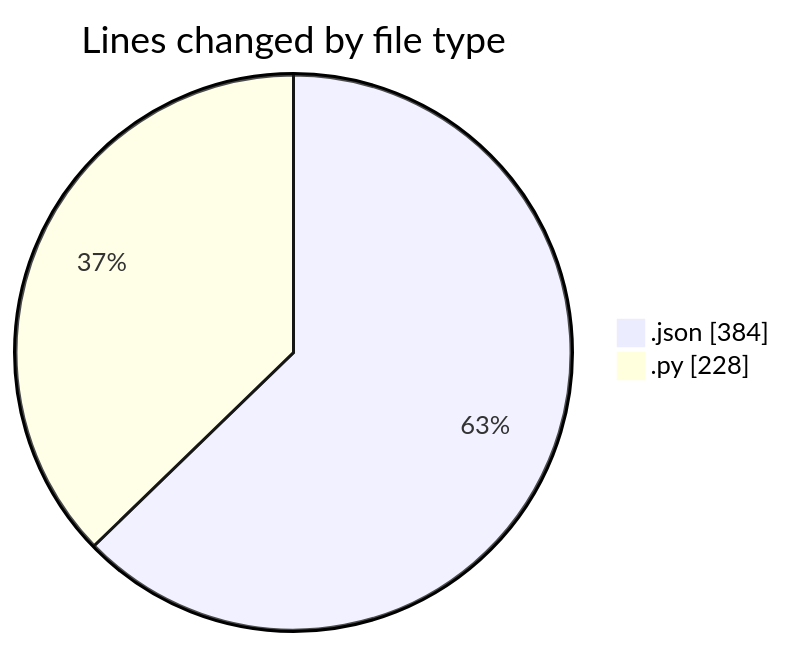
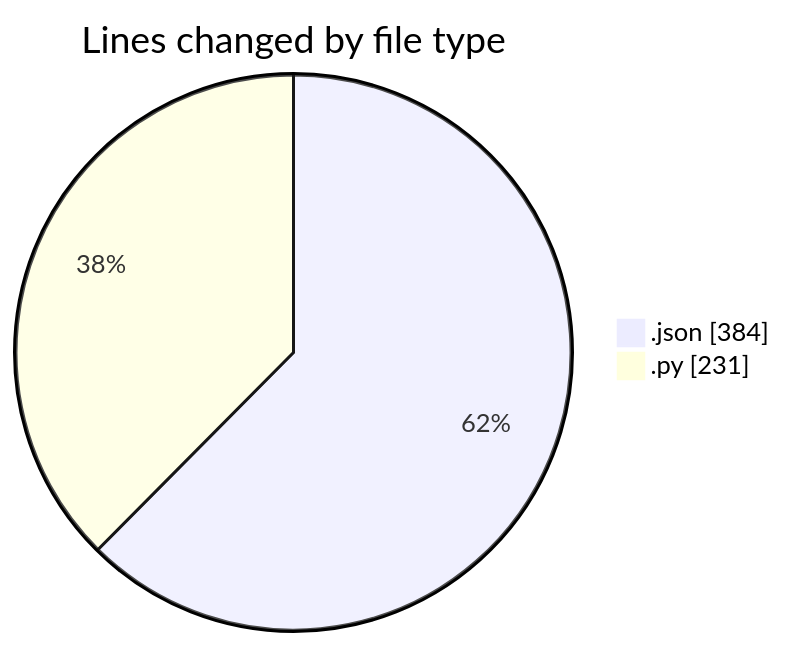
Before and after one commit to Ritupan-Deka/code-tracking: the first of 2 diagrams in 2026-01-02/dsa/README.md, drawn with Mermaid. The commit also changed other lines of this file and 1 other file, not shown here.

````diff
--- a/2026-01-02/dsa/README.md
+++ b/2026-01-02/dsa/README.md
@@ -22,6 +22,6 @@
 ```mermaid
 pie showData
 title Lines changed by file type
 ".json" : 384
-".py" : 228
+".py" : 231
 ```
````
